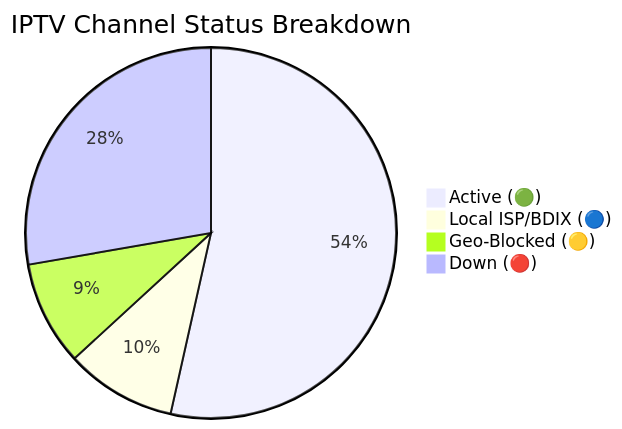
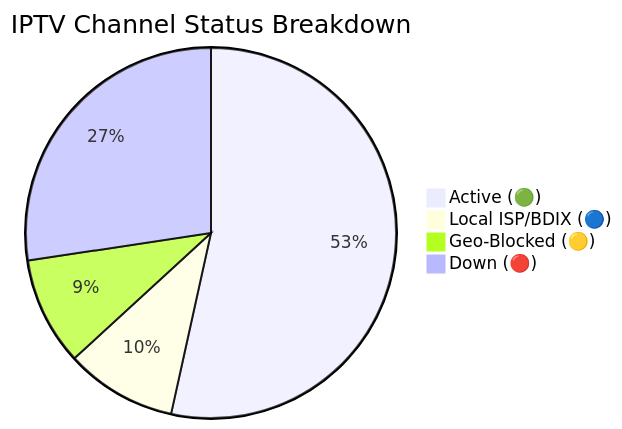
One commit to f6388600-ai/Web changed the diagram in README.md. Above: the diagram before and after it, drawn with Mermaid. The commit also changed other lines of this file and 6 other files, not shown here.

````diff
--- a/README.md
+++ b/README.md
@@ -149,7 +149,7 @@
 ```mermaid
 pie title IPTV Channel Status Breakdown
-    "Active (🟢)" : 9279
-    "Local ISP/BDIX (🔵)" : 1677
-    "Geo-Blocked (🟡)" : 1577
-    "Down (🔴)" : 4810
+    "Active (🟢)" : 9285
+    "Local ISP/BDIX (🔵)" : 1689
+    "Geo-Blocked (🟡)" : 1639
+    "Down (🔴)" : 4756
 ```
````
